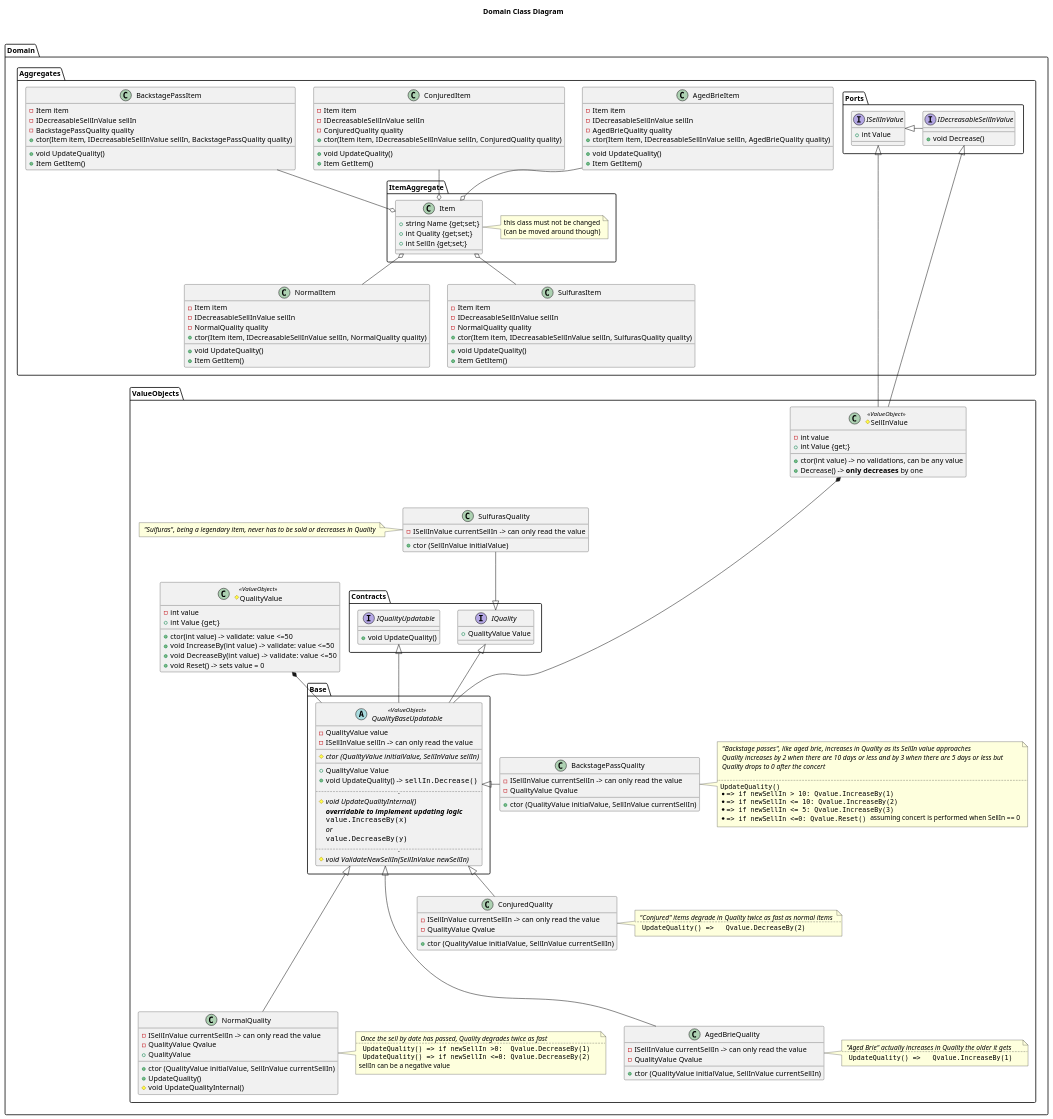
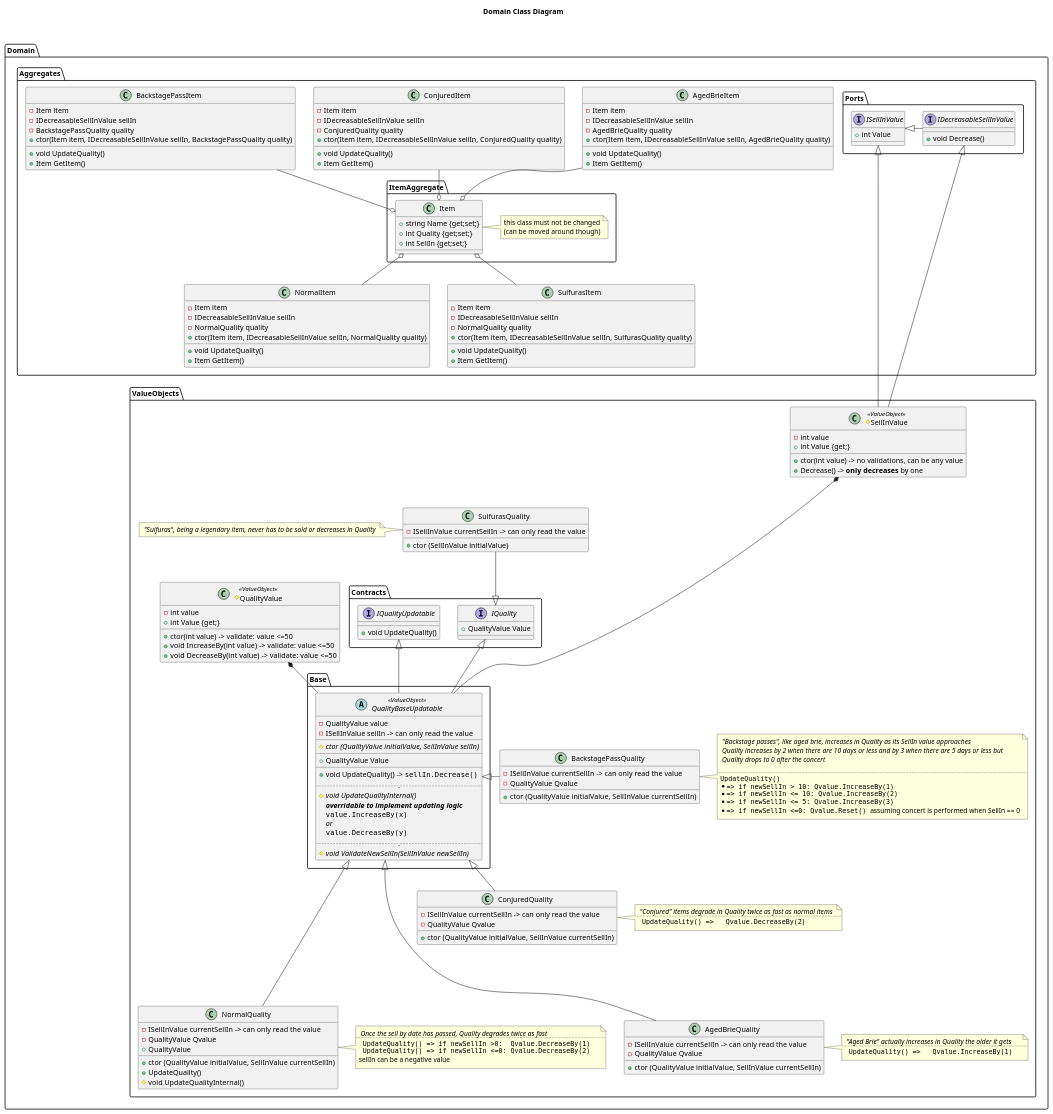
The diagram in Diagrams/Gilded Rose - Domain Class .wsd (JPTouron/GildedRose-Kata), drawn with PlantUML before and after one commit. The commit also changed 9 other files, not shown here.

First line of the commit message:
normal quality tests pass and complete. also modified class diagram a bit

```diff
--- a/Diagrams/Gilded Rose - Domain Class .wsd
+++ b/Diagrams/Gilded Rose - Domain Class .wsd
@@ -92,7 +92,6 @@
             +ctor(int value) -> validate: value <=50
             +void IncreaseBy(int value)  -> validate: value <=50
             +void DecreaseBy(int value)  -> validate: value <=50
-            +void Reset() -> sets value = 0
             +int Value {get;}
         }
 
@@ -135,6 +134,7 @@
                 #{abstract}ctor (QualityValue initialValue, SellInValue sellIn)
                 __
                 +QualityValue Value
+                __
                 +void UpdateQuality() -> ""sellIn.Decrease()""
                 .....
                 #{abstract} void UpdateQualityInternal()
```
